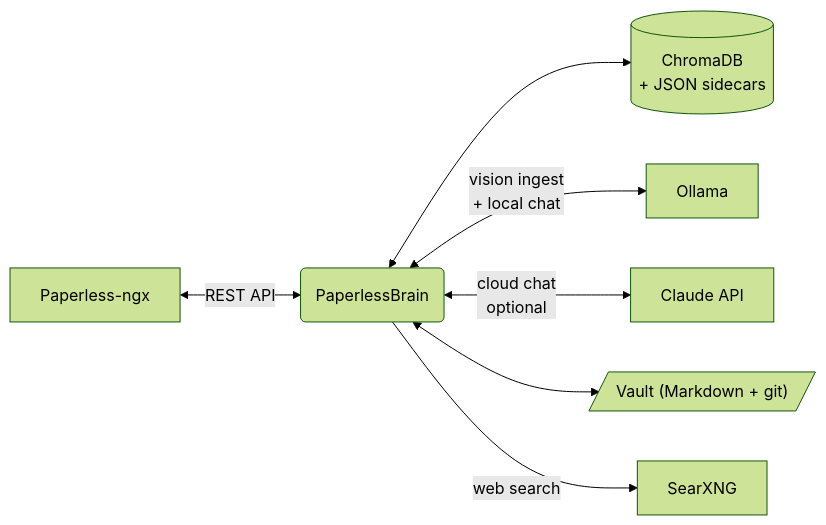
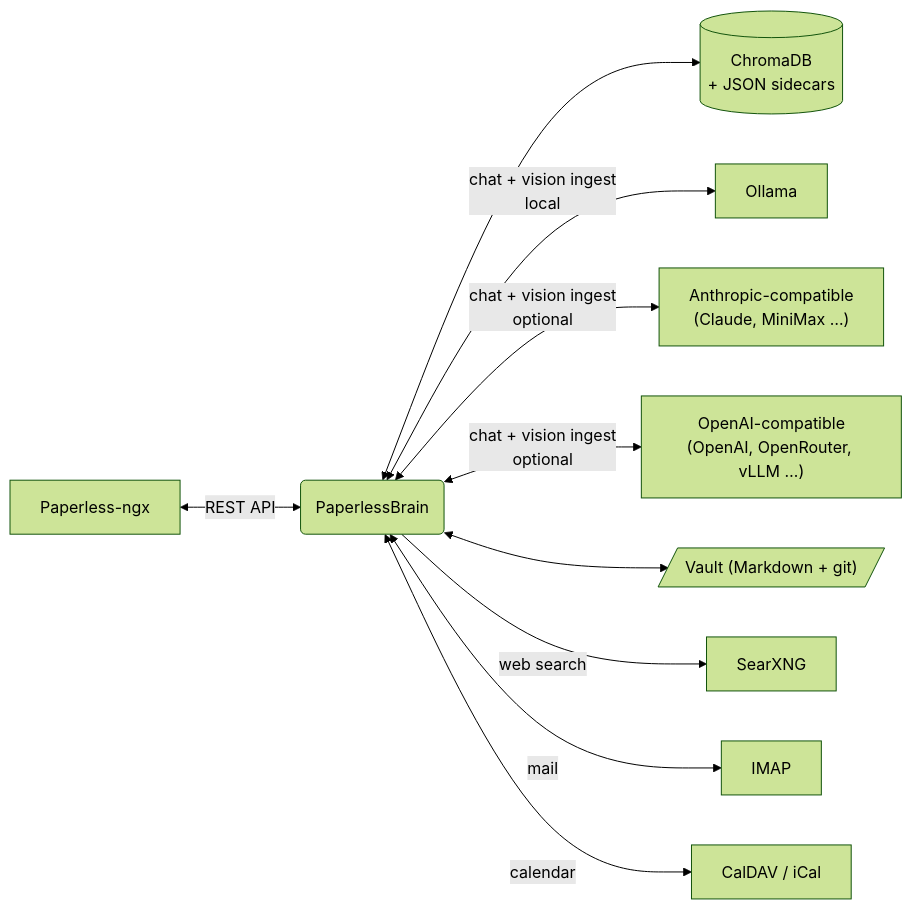
The diagram in README.md (vailsen/paperless-brain), drawn with Mermaid (forest theme) before and after one commit. The commit also changed other lines of this file and 12 other files, not shown here.

````diff
--- a/README.md
+++ b/README.md
@@ -92,9 +101,12 @@
 ```mermaid
 flowchart LR
     P[Paperless-ngx] <-->|REST API| B(PaperlessBrain)
     B <--> C[(ChromaDB<br/>+ JSON sidecars)]
-    B <-->|vision ingest<br/>+ local chat| O[Ollama]
-    B <-->|cloud chat<br/>optional| A[Claude API]
+    B <-->|chat + vision ingest<br/>local| O[Ollama]
+    B <-->|chat + vision ingest<br/>optional| A["Anthropic-compatible<br/>(Claude, MiniMax …)"]
+    B <-->|chat + vision ingest<br/>optional| X["OpenAI-compatible<br/>(OpenAI, OpenRouter, vLLM …)"]
     B <--> V[/"Vault (Markdown + git)"/]
     B -->|web search| S[SearXNG]
+    B <-->|mail| M[IMAP]
+    B <-->|calendar| D[CalDAV / iCal]
 ```
````
